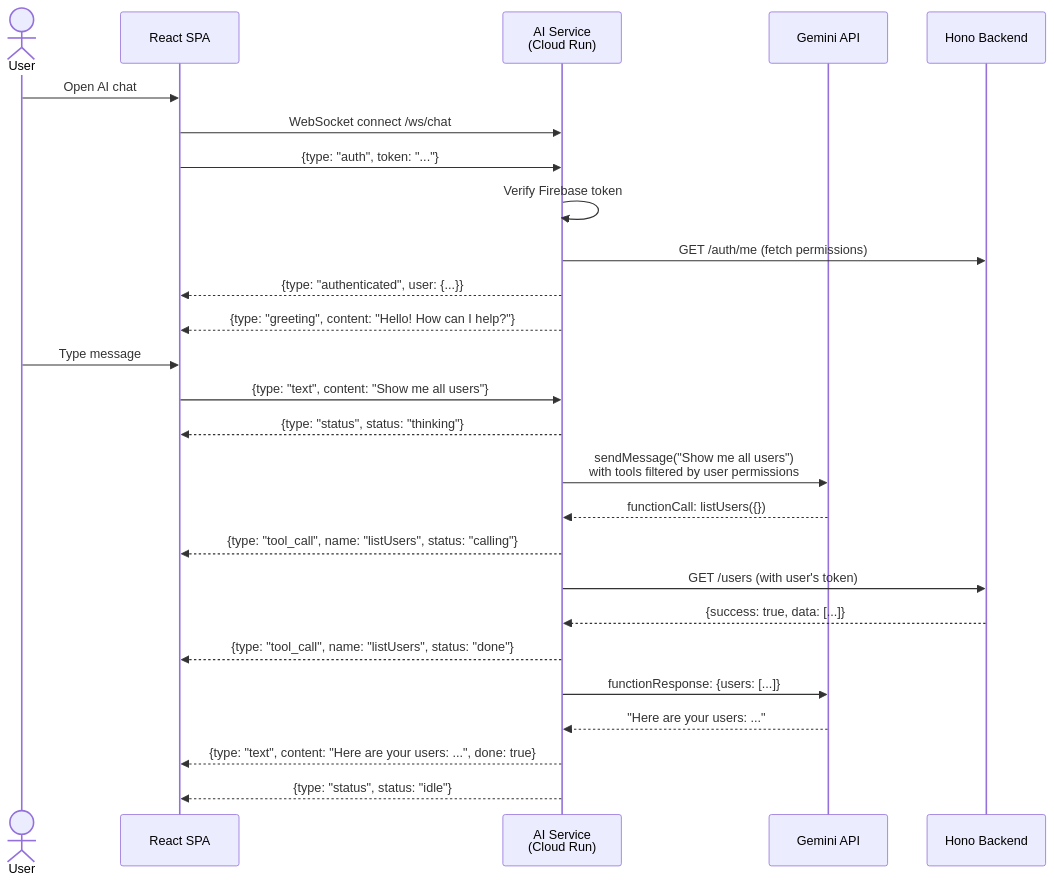
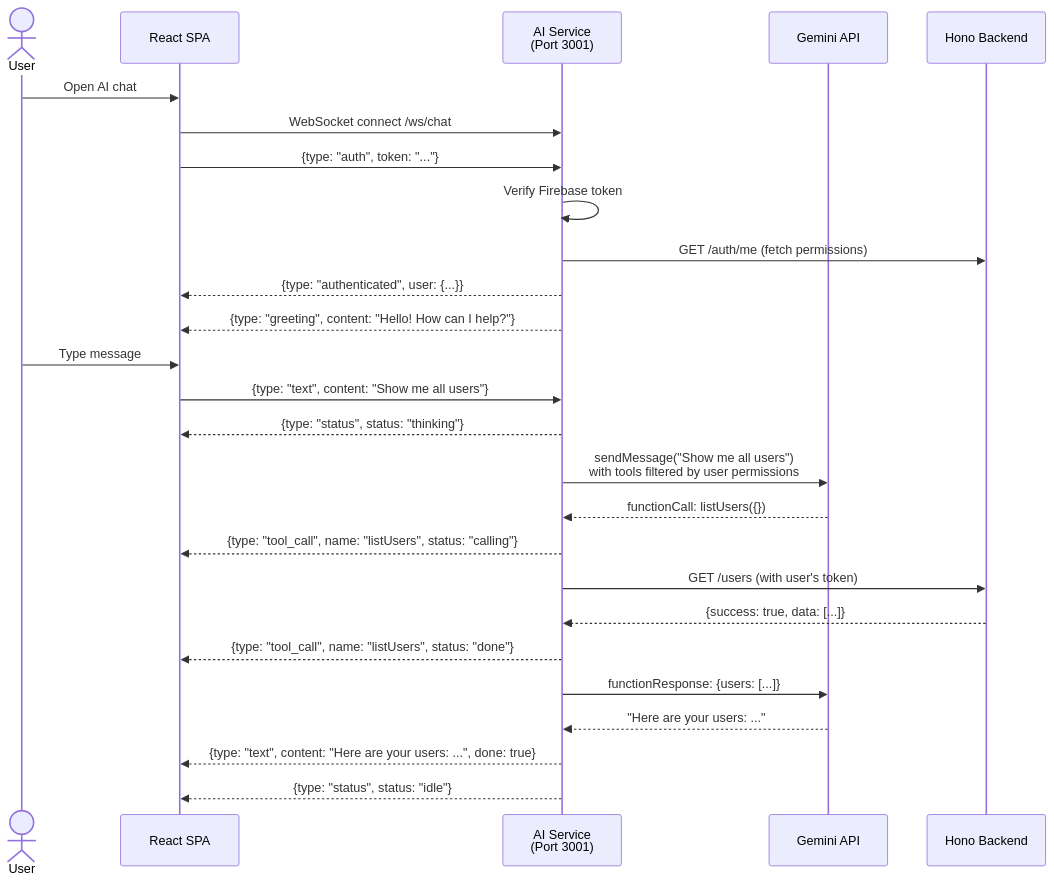
Before and after one commit to rsaiprasad/template: the fifth of 5 diagrams in docs/ARCHITECTURE.md, drawn with Mermaid. The commit also changed other lines of this file and 55 other files, not shown here.

````diff
--- a/docs/ARCHITECTURE.md
+++ b/docs/ARCHITECTURE.md
@@ -958,35 +787,35 @@
 ```mermaid
 sequenceDiagram
     actor User
     participant Browser as React SPA
-    participant AI as AI Service<br/>(Cloud Run)
+    participant AI as AI Service<br/>(Port 3001)
     participant Gemini as Gemini API
     participant Backend as Hono Backend
 
     User->>Browser: Open AI chat
     Browser->>AI: WebSocket connect /ws/chat
 
     Browser->>AI: {type: "auth", token: "..."}
     AI->>AI: Verify Firebase token
     AI->>Backend: GET /auth/me (fetch permissions)
     AI-->>Browser: {type: "authenticated", user: {...}}
     AI-->>Browser: {type: "greeting", content: "Hello! How can I help?"}
 
     User->>Browser: Type message
     Browser->>AI: {type: "text", content: "Show me all users"}
     AI-->>Browser: {type: "status", status: "thinking"}
 
     AI->>Gemini: sendMessage("Show me all users")<br/>with tools filtered by user permissions
     Gemini-->>AI: functionCall: listUsers({})
 
     AI-->>Browser: {type: "tool_call", name: "listUsers", status: "calling"}
     AI->>Backend: GET /users (with user's token)
     Backend-->>AI: {success: true, data: [...]}
     AI-->>Browser: {type: "tool_call", name: "listUsers", status: "done"}
 
     AI->>Gemini: functionResponse: {users: [...]}
     Gemini-->>AI: "Here are your users: ..."
 
     AI-->>Browser: {type: "text", content: "Here are your users: ...", done: true}
     AI-->>Browser: {type: "status", status: "idle"}
 ```
````
